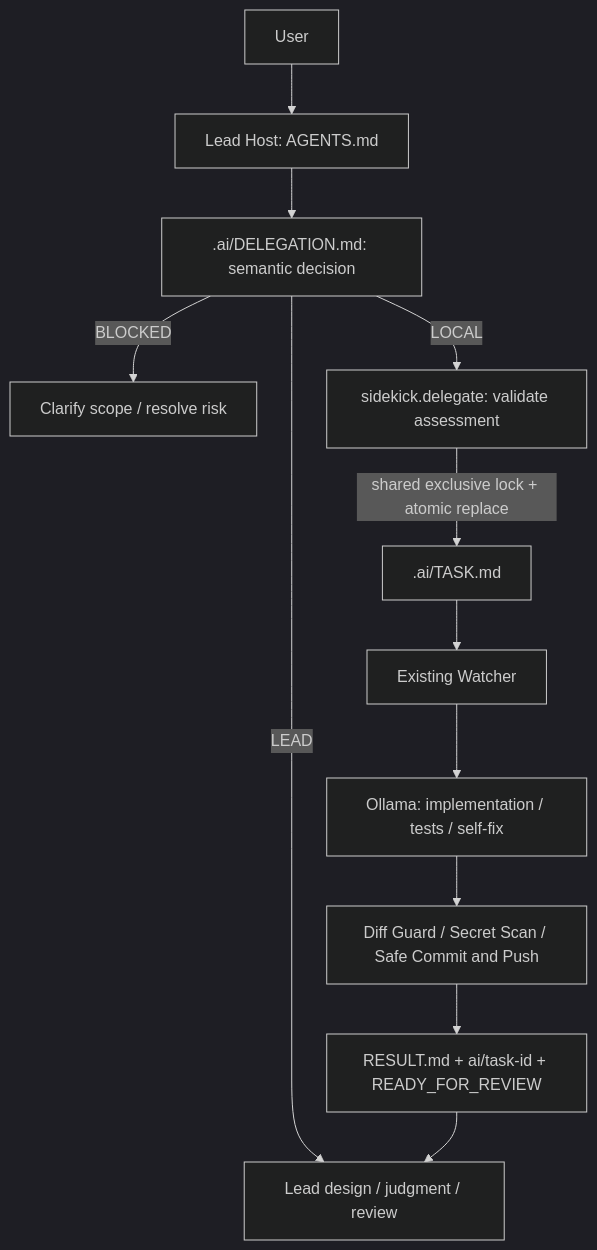
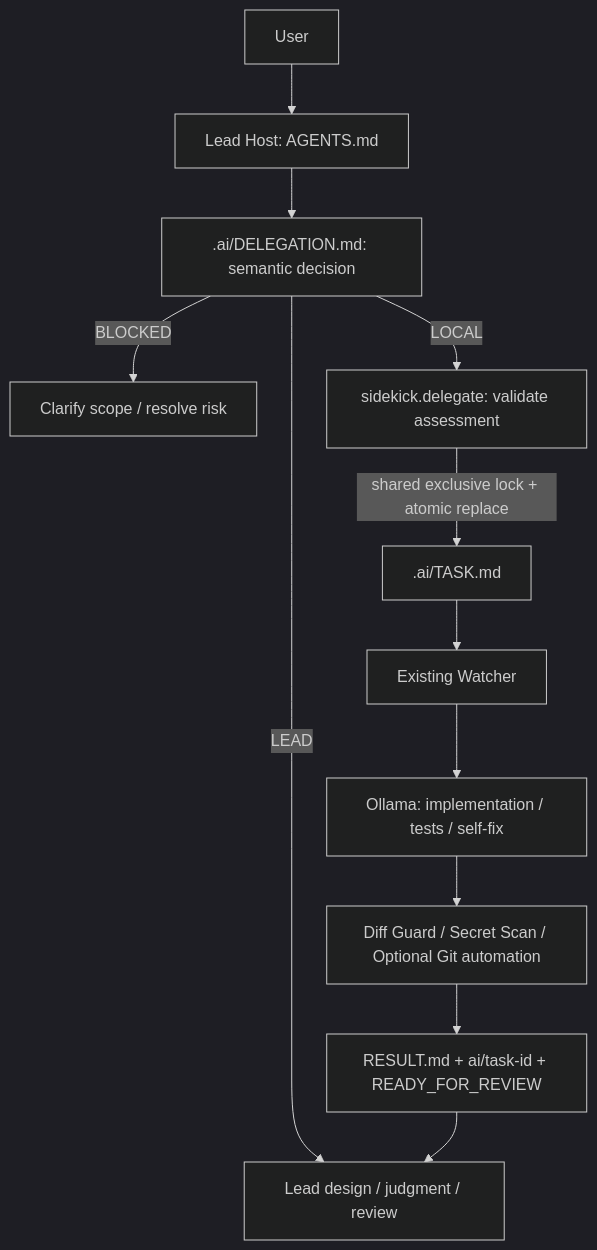
The diagram in docs/architecture.md (moruku36/local-ai-sidekick), drawn with Mermaid (dark theme) before and after one commit. The commit also changed other lines of this file and 12 other files, not shown here.

````diff
--- a/docs/architecture.md
+++ b/docs/architecture.md
@@ -43,14 +47,14 @@
 ```mermaid
 flowchart TD
     U[User] --> L[Lead Host: AGENTS.md]
     L --> P[.ai/DELEGATION.md: semantic decision]
     P -->|LEAD| D[Lead design / judgment / review]
     P -->|BLOCKED| B[Clarify scope / resolve risk]
     P -->|LOCAL| H[sidekick.delegate: validate assessment]
     H -->|shared exclusive lock + atomic replace| T[.ai/TASK.md]
     T --> W[Existing Watcher]
     W --> O[Ollama: implementation / tests / self-fix]
-    O --> G[Diff Guard / Secret Scan / Safe Commit and Push]
+    O --> G[Diff Guard / Secret Scan / Optional Git automation]
     G --> R[RESULT.md + ai/task-id + READY_FOR_REVIEW]
     R --> D
 ```
````
